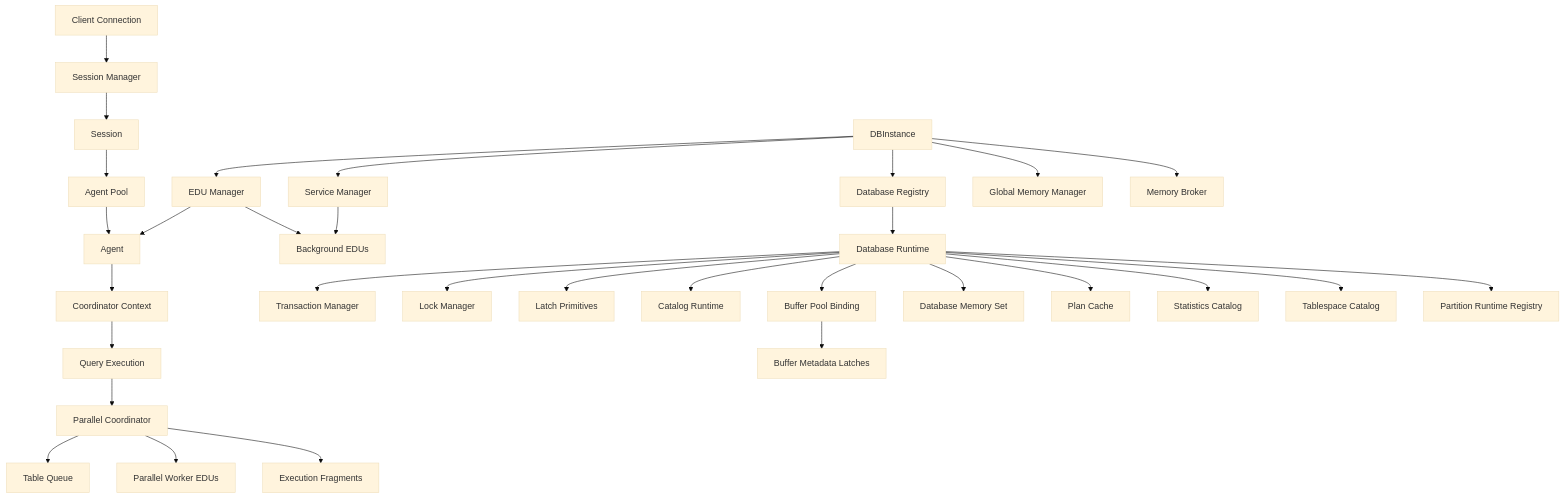
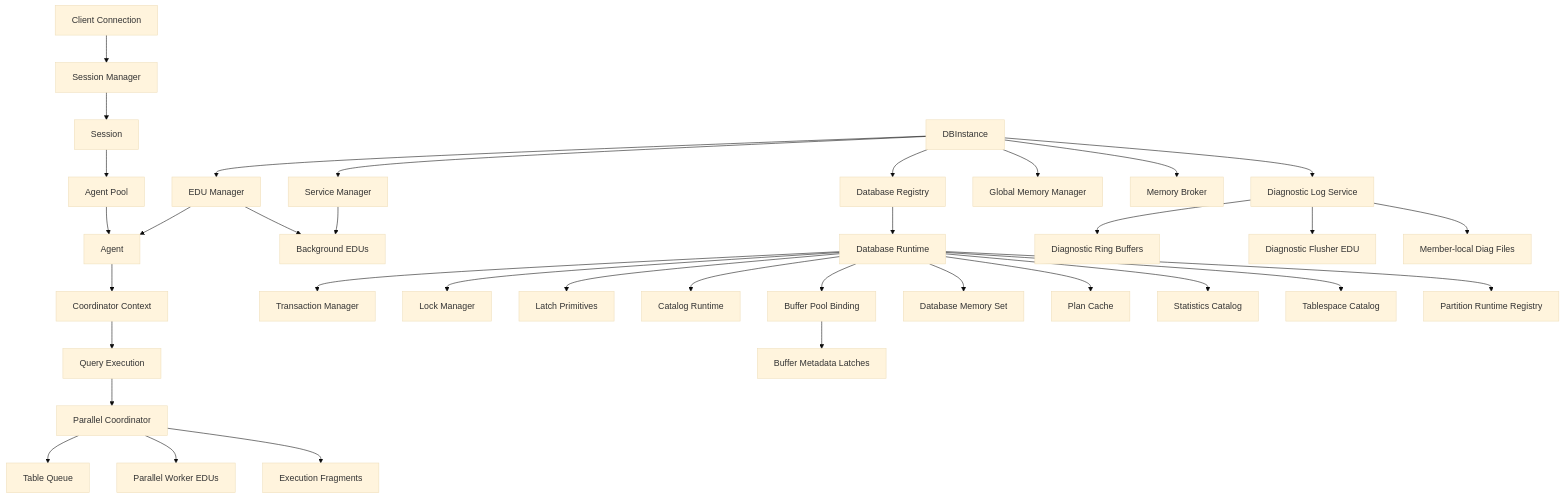
Before and after one commit to dizzygz/NorthDB: the diagram in .monkeycode/specs/2026-05-24-day1-runtime-foundation/design.md, drawn with Mermaid (base theme). The commit also changed other lines of this file and 76 other files, not shown here.

````diff
--- a/.monkeycode/specs/2026-05-24-day1-runtime-foundation/design.md
+++ b/.monkeycode/specs/2026-05-24-day1-runtime-foundation/design.md
@@ -29,33 +30,37 @@
 ```mermaid
 graph TD
     A["Client Connection"] --> B["Session Manager"]
     B --> C["Session"]
     C --> AA["Agent Pool"]
     AA --> D["Agent"]
     D --> AB["Coordinator Context"]
     AB --> E["Query Execution"]
     F["DBInstance"] --> G["EDU Manager"]
     F --> H["Service Manager"]
     F --> I["Database Registry"]
     F --> J["Global Memory Manager"]
     F --> V["Memory Broker"]
+    F --> AE["Diagnostic Log Service"]
     I --> K["Database Runtime"]
     K --> L["Transaction Manager"]
     K --> M["Lock Manager"]
     K --> Q["Latch Primitives"]
     K --> N["Catalog Runtime"]
     K --> O["Buffer Pool Binding"]
     K --> W["Database Memory Set"]
     K --> X["Plan Cache"]
     K --> Y["Statistics Catalog"]
     K --> Z["Tablespace Catalog"]
     K --> AC["Partition Runtime Registry"]
     E --> R["Parallel Coordinator"]
     R --> S["Table Queue"]
     R --> T["Parallel Worker EDUs"]
     R --> AD["Execution Fragments"]
     O --> U["Buffer Metadata Latches"]
     H --> P["Background EDUs"]
+    AE --> AF["Diagnostic Ring Buffers"]
+    AE --> AG["Diagnostic Flusher EDU"]
+    AE --> AH["Member-local Diag Files"]
     G --> D
     G --> P
 ```
````
